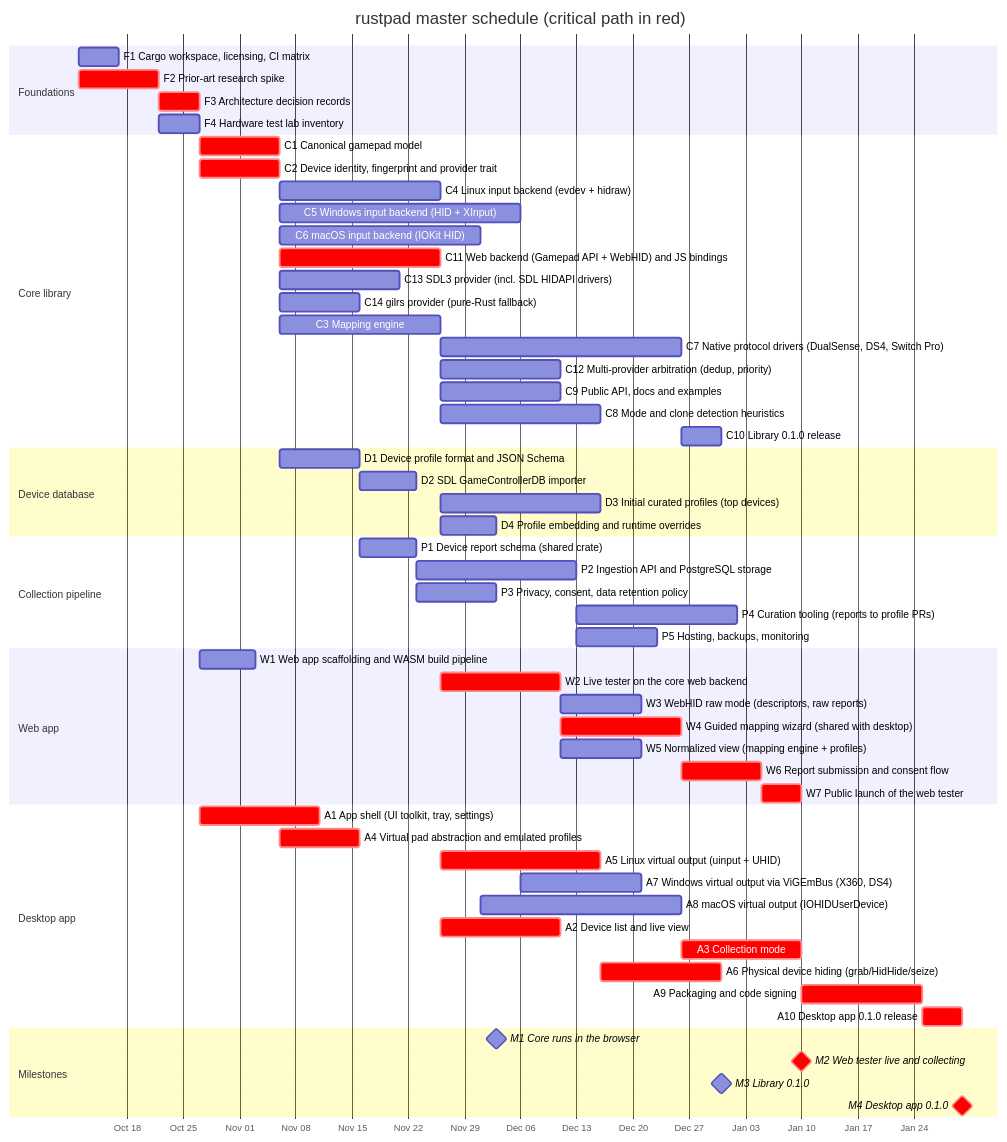
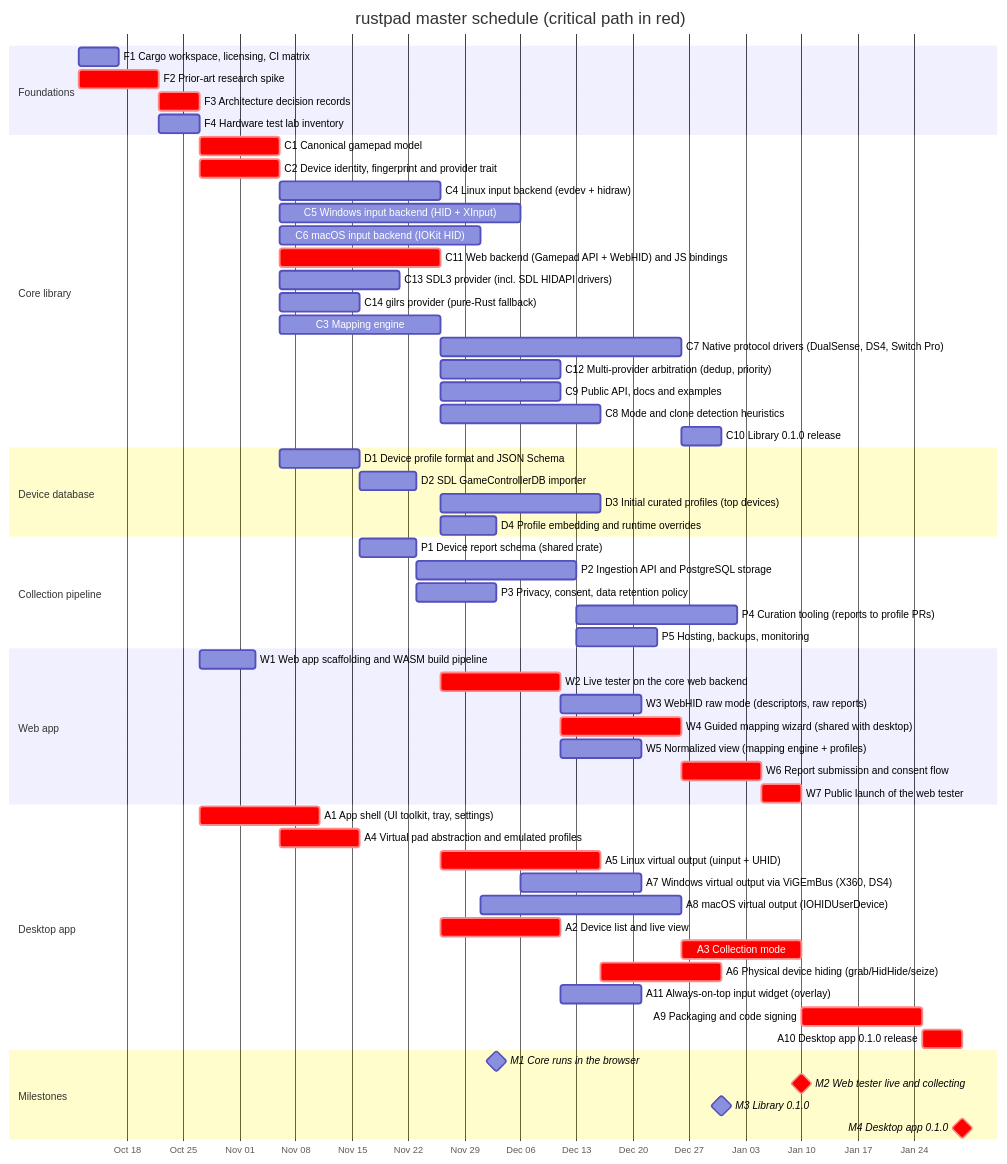
The second of 3 diagrams in ROADMAP/2026-10-10/README.md (anygamepad/anygamepad.github.io), drawn with Mermaid before and after one commit. The commit also changed other lines of this file and 8 other files, not shown here.

First line of the commit message:
Roadmap: publish crates as omnipad, egui for a performance-first desktop UI

````diff
--- a/ROADMAP/2026-10-10/README.md
+++ b/ROADMAP/2026-10-10/README.md
@@ -102,61 +102,62 @@
 ```mermaid
 gantt
     dateFormat YYYY-MM-DD
     axisFormat %b %d
     title rustpad master schedule (critical path in red)
     section Foundations
     F1 Cargo workspace, licensing, CI matrix :f1, 2026-10-12, 5d
     F2 Prior-art research spike :crit, f2, 2026-10-12, 10d
     F3 Architecture decision records :crit, f3, after f2, 5d
     F4 Hardware test lab inventory :f4, after f2, 5d
     section Core library
     C1 Canonical gamepad model :crit, c1, after f1 f3, 10d
     C2 Device identity, fingerprint and provider trait :crit, c2, after f3, 10d
     C4 Linux input backend (evdev + hidraw) :c4, after c1 c2, 20d
     C5 Windows input backend (HID + XInput) :c5, after c1 c2, 30d
     C6 macOS input backend (IOKit HID) :c6, after c1 c2, 25d
     C11 Web backend (Gamepad API + WebHID) and JS bindings :crit, c11, after c1 c2, 20d
     C13 SDL3 provider (incl. SDL HIDAPI drivers) :c13, after c1 c2, 15d
     C14 gilrs provider (pure-Rust fallback) :c14, after c1 c2, 10d
     C3 Mapping engine :c3, after c1 d1, 20d
     C7 Native protocol drivers (DualSense, DS4, Switch Pro) :c7, after c4, 30d
     C12 Multi-provider arbitration (dedup, priority) :c12, after c4 c13, 15d
     C9 Public API, docs and examples :c9, after c3, 15d
     C8 Mode and clone detection heuristics :c8, after c3 c4 d3, 20d
     C10 Library 0.1.0 release :c10, after c5 c6 c7 c8 c9 c11 c12 c14 d4, 5d
     section Device database
     D1 Device profile format and JSON Schema :d1, after c2, 10d
     D2 SDL GameControllerDB importer :d2, after d1, 7d
     D3 Initial curated profiles (top devices) :d3, after d1 c4 f4, 20d
     D4 Profile embedding and runtime overrides :d4, after d1 c3, 7d
     section Collection pipeline
     P1 Device report schema (shared crate) :p1, after c2 d1, 7d
     P2 Ingestion API and PostgreSQL storage :p2, after p1, 20d
     P3 Privacy, consent, data retention policy :p3, after p1, 10d
     P4 Curation tooling (reports to profile PRs) :p4, after p2 d1, 20d
     P5 Hosting, backups, monitoring :p5, after p2, 10d
     section Web app
     W1 Web app scaffolding and WASM build pipeline :w1, after f1 f3, 7d
     W2 Live tester on the core web backend :crit, w2, after w1 c11, 15d
     W3 WebHID raw mode (descriptors, raw reports) :w3, after w2, 10d
     W4 Guided mapping wizard (shared with desktop) :crit, w4, after w2, 15d
     W5 Normalized view (mapping engine + profiles) :w5, after w2 c3 d2 d4, 10d
     W6 Report submission and consent flow :crit, w6, after w4 p1 p2 p3, 10d
     W7 Public launch of the web tester :crit, w7, after w5 w6 p5, 5d
     section Desktop app
     A1 App shell (UI toolkit, tray, settings) :crit, a1, after f3 m2, 15d
     A4 Virtual pad abstraction and emulated profiles :crit, a4, after c1 m2, 10d
     A5 Linux virtual output (uinput + UHID) :crit, a5, after a4 c4, 20d
     A7 Windows virtual output via ViGEmBus (X360, DS4) :a7, after a4 c5, 15d
     A8 macOS virtual output (IOHIDUserDevice) :a8, after a4 c6, 25d
     A2 Device list and live view :crit, a2, after a1 c4, 15d
     A3 Collection mode :crit, a3, after a2 w4 p2 p3, 15d
     A6 Physical device hiding (grab/HidHide/seize) :crit, a6, after a5 c5 c6, 15d
-    A9 Packaging and code signing :crit, a9, after a3 a6 a7 a8, 15d
+    A11 Always-on-top input widget (overlay) :a11, after a2, 10d
+    A9 Packaging and code signing :crit, a9, after a3 a6 a7 a8 a11, 15d
     A10 Desktop app 0.1.0 release :crit, a10, after a9 c10, 5d
     section Milestones
     M1 Core runs in the browser :milestone, m1, after c3 c11 d4, 0d
     M2 Web tester live and collecting :milestone, crit, m2, after w7, 0d
     M3 Library 0.1.0 :milestone, m3, after c10, 0d
     M4 Desktop app 0.1.0 :milestone, crit, m4, after a10, 0d
 ```
````
